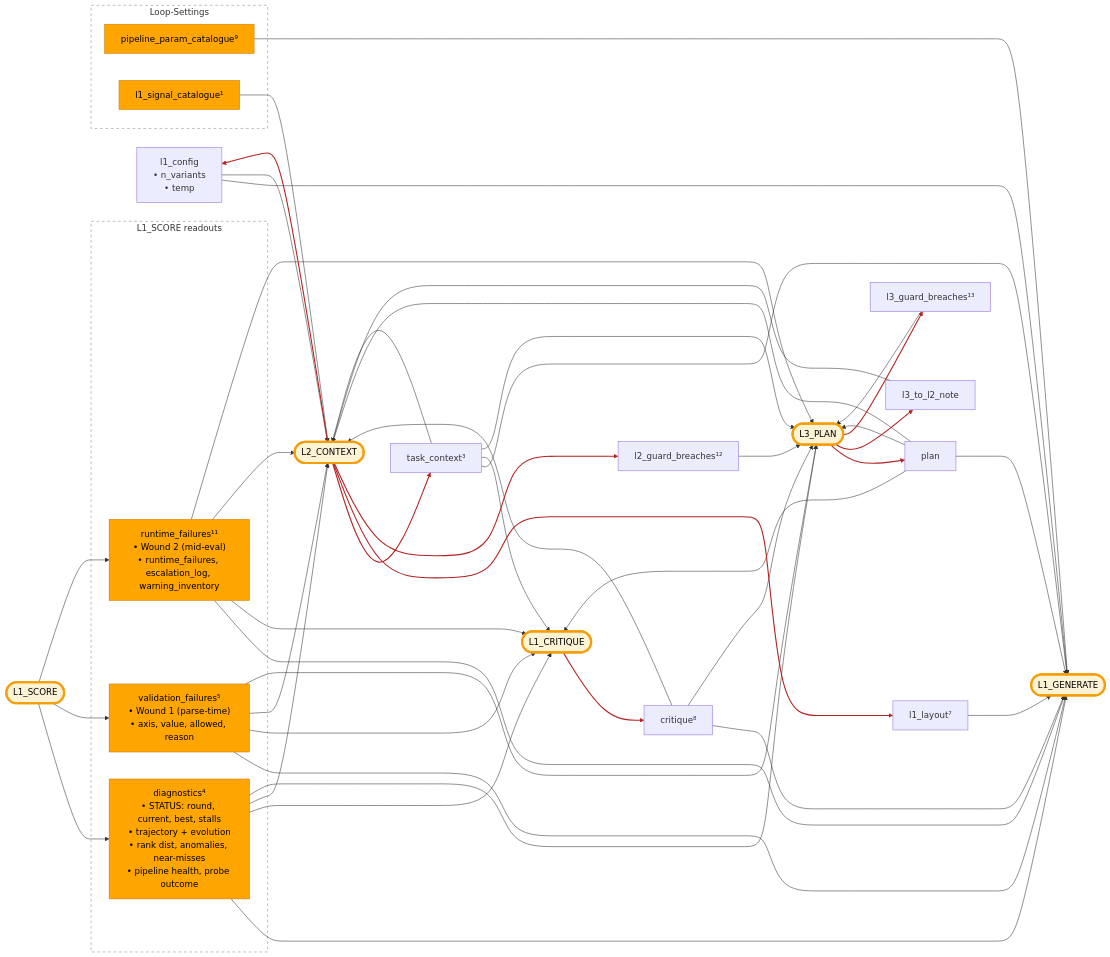
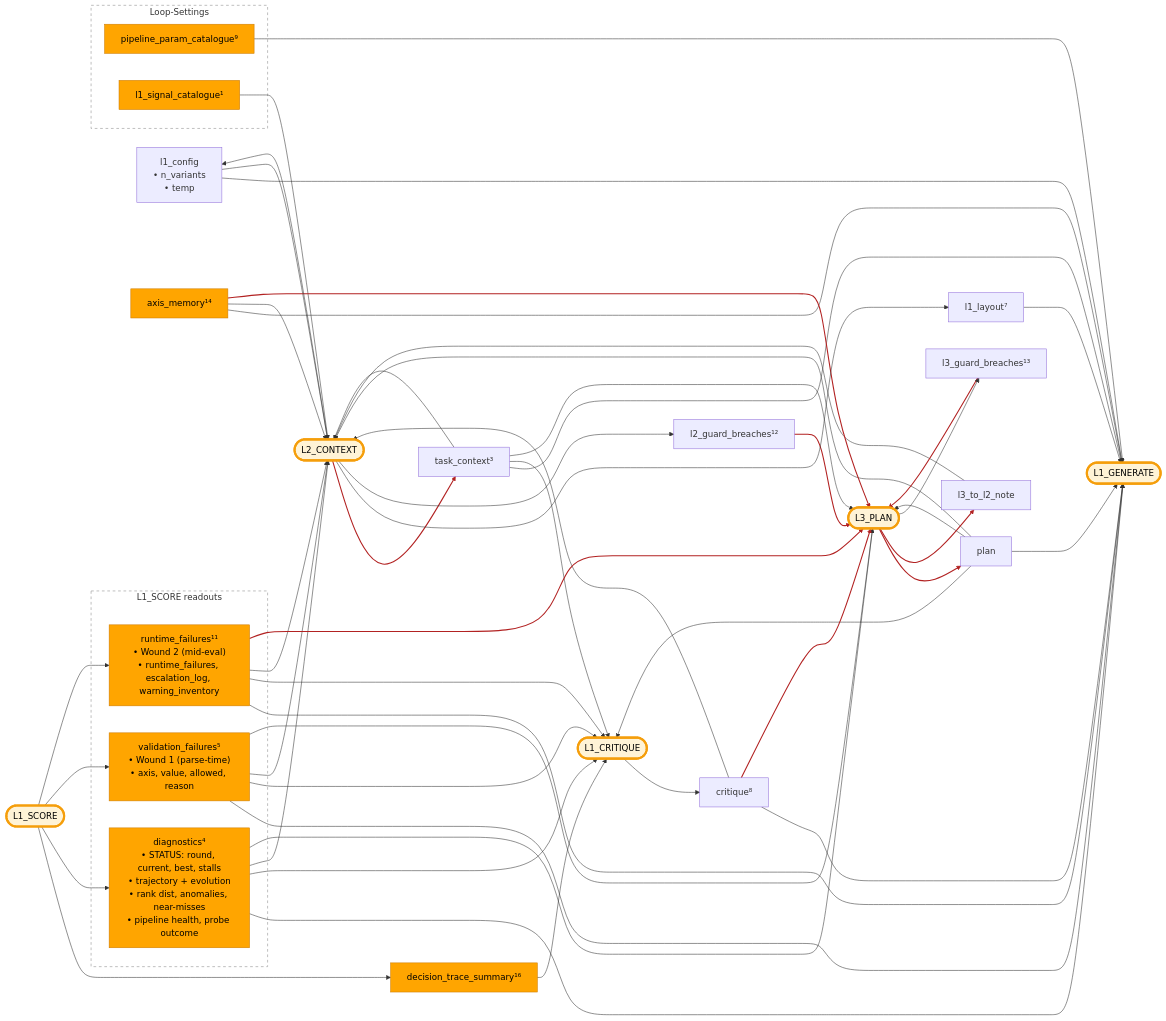
One commit to PromptPotter/prompt-potter-optimizer changed the diagram in docs/developer/dispatch-hub.md. Above: the diagram before and after it, drawn with Mermaid. The commit also changed other lines of this file and 13 other files, not shown here.

````diff
--- a/docs/developer/dispatch-hub.md
+++ b/docs/developer/dispatch-hub.md
@@ -52,6 +52,12 @@
   TC[task_context³]
   LAYOUT[l1_layout⁷]
 
+  %% Cross-round AxisIndex digest
+  AXM[axis_memory¹⁴]:::det
+
+  %% PoBB decision trail — surfaced to L1_CRITIQUE
+  DTS[decision_trace_summary¹⁶]:::det
+
   %% L1_CRITIQUE + its produced signal
   subgraph L1CG[" "]
     L1C([L1_CRITIQUE]):::proc
@@ -78,6 +84,10 @@
   CRIT --> L1G
   CPAR --> L1G
   LAYOUT --> L1G
+  AXM --> L1G
+
+  %% PoBB decision trail — surfaced to L1_CRITIQUE
+  L1S --> DTS
 
   %% L1_CRITIQUE inputs
   PLAN --> L1C
@@ -85,6 +95,7 @@
   DIAG --> L1C
   VFAIL --> L1C
   RFAIL --> L1C
+  DTS --> L1C
 
   %% L2_CONTEXT inputs — sees measurement-derived failures only.
   %% L2 doesn't see l2_guard_breaches because Wound 4 fires L3 immediately
@@ -98,6 +109,7 @@
   CPAR --> L2P
   TC --> L2P
   CAT --> L2P
+  AXM --> L2P
 
   %% L3_PLAN inputs — universal nurse: sees all four failure variants.
   PLAN --> L3P
@@ -108,6 +120,7 @@
   L2OF --> L3P
   L3OF --> L3P
   CRIT --> L3P
+  AXM --> L3P
 
   %% LLM-produced feedback edges (red)
   L3P --> PLAN
@@ -124,6 +137,6 @@
   L1S --> VFAIL
   L1S --> RFAIL
 
-  %% Red styling for the 8 LLM-produced feedback edges (edges 31..38)
+  %% Red styling for the 8 LLM-produced feedback edges (post-round)
   linkStyle 31,32,33,34,35,36,37,38 stroke:#B22222,stroke-width:2px
 ```
````
